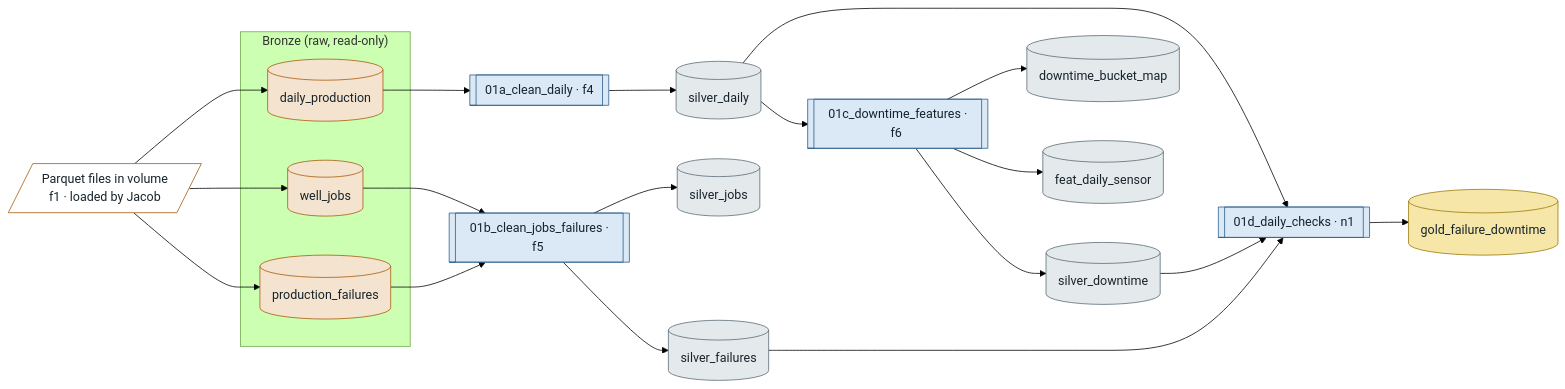
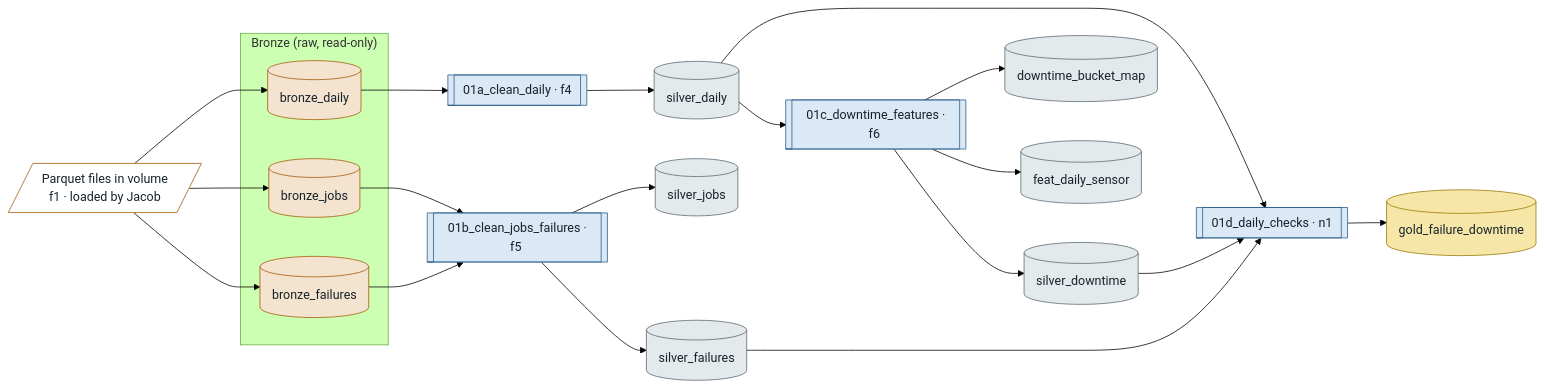
Before and after one commit to Angie629/dsmlc2026: the second of 4 diagrams in docs/notebooks_and_data_flow.md, drawn with Mermaid (forest theme). The commit also changed other lines of this file and 5 other files, not shown here.

````diff
--- a/docs/notebooks_and_data_flow.md
+++ b/docs/notebooks_and_data_flow.md
@@ -89,35 +89,35 @@
 ```mermaid
 flowchart LR
   classDef bronze fill:#f3e3cf,stroke:#a8590a,color:#17232b
   classDef silver fill:#e4e9ec,stroke:#5a6a74,color:#17232b
   classDef gold fill:#f6e7a8,stroke:#9a7a0a,color:#17232b
   classDef nb fill:#dbe8f5,stroke:#2c5d8a,color:#17232b
   classDef load fill:#ffffff,stroke:#a8590a,color:#17232b
 
   F[/"#nbsp;Parquet files in volume#nbsp;<br>#nbsp;f1 · loaded by Jacob#nbsp;"/]:::load
 
   subgraph BRONZE["Bronze (raw, read-only)"]
-    DP[("#nbsp;#nbsp;daily_production#nbsp;#nbsp;")]:::bronze
-    WJ[("#nbsp;#nbsp;well_jobs#nbsp;#nbsp;")]:::bronze
-    PF[("#nbsp;#nbsp;production_failures#nbsp;#nbsp;")]:::bronze
+    DP[("#nbsp;#nbsp;bronze_daily#nbsp;#nbsp;")]:::bronze
+    WJ[("#nbsp;#nbsp;bronze_jobs#nbsp;#nbsp;")]:::bronze
+    PF[("#nbsp;#nbsp;bronze_failures#nbsp;#nbsp;")]:::bronze
   end
 
   A[["#nbsp;01a_clean_daily · f4#nbsp;"]]:::nb
   BB[["#nbsp;01b_clean_jobs_failures · f5#nbsp;"]]:::nb
   C[["#nbsp;01c_downtime_features · f6#nbsp;"]]:::nb
   DD[["#nbsp;01d_daily_checks · n1#nbsp;"]]:::nb
 
   SD[("#nbsp;#nbsp;silver_daily#nbsp;#nbsp;")]:::silver
   SJ[("#nbsp;#nbsp;silver_jobs#nbsp;#nbsp;")]:::silver
   SF[("#nbsp;#nbsp;silver_failures#nbsp;#nbsp;")]:::silver
   ST[("#nbsp;#nbsp;silver_downtime#nbsp;#nbsp;")]:::silver
   BM[("#nbsp;#nbsp;downtime_bucket_map#nbsp;#nbsp;")]:::silver
   FS[("#nbsp;#nbsp;feat_daily_sensor#nbsp;#nbsp;")]:::silver
   GFD[("#nbsp;#nbsp;gold_failure_downtime#nbsp;#nbsp;")]:::gold
 
   F --> DP & WJ & PF
   DP --> A --> SD
   WJ & PF --> BB --> SJ & SF
   SD --> C --> ST & BM & FS
   SD & ST & SF --> DD --> GFD
 ```
````
